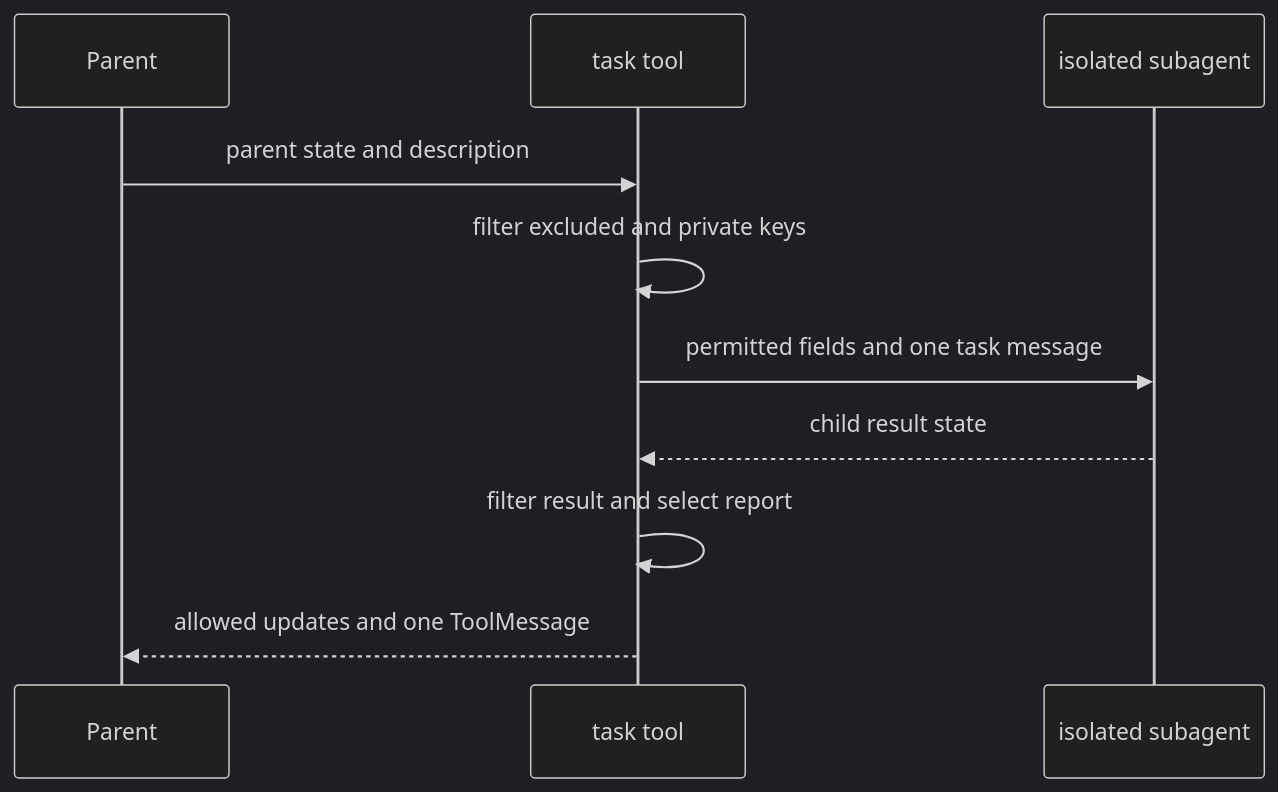
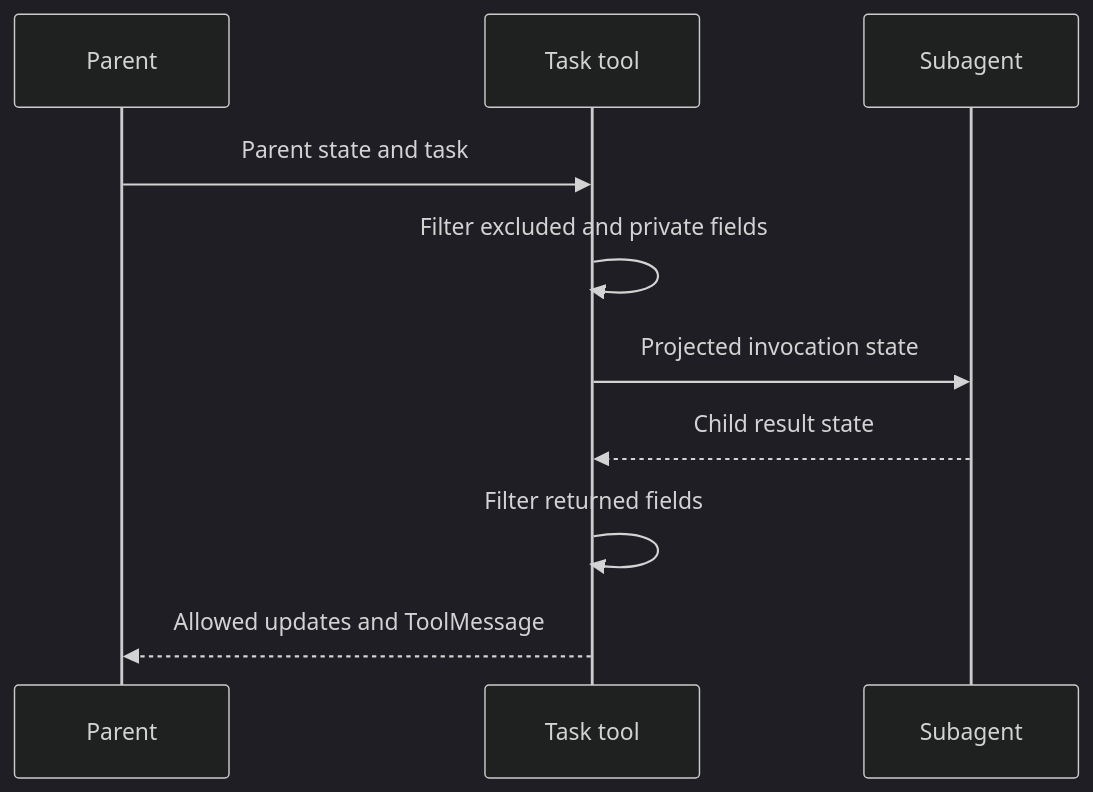
One commit to langchain-ai/deepagents changed the third of 3 diagrams in openwiki/concepts/state-persistence.md. Above: the diagram before and after it, drawn with Mermaid (dark theme). The commit also changed other lines of this file and 63 other files, not shown here.

````diff
--- a/openwiki/concepts/state-persistence.md
+++ b/openwiki/concepts/state-persistence.md
@@ -123,12 +132,12 @@
 ```mermaid
 sequenceDiagram
     participant Parent
-    participant Task as task tool
-    participant Child as isolated subagent
-    Parent->>Task: parent state and description
-    Task->>Task: filter excluded and private keys
-    Task->>Child: permitted fields and one task message
-    Child-->>Task: child result state
-    Task->>Task: filter result and select report
-    Task-->>Parent: allowed updates and one ToolMessage
+    participant Task as Task tool
+    participant Child as Subagent
+    Parent->>Task: Parent state and task
+    Task->>Task: Filter excluded and private fields
+    Task->>Child: Projected invocation state
+    Child-->>Task: Child result state
+    Task->>Task: Filter returned fields
+    Task-->>Parent: Allowed updates and ToolMessage
 ```
````
